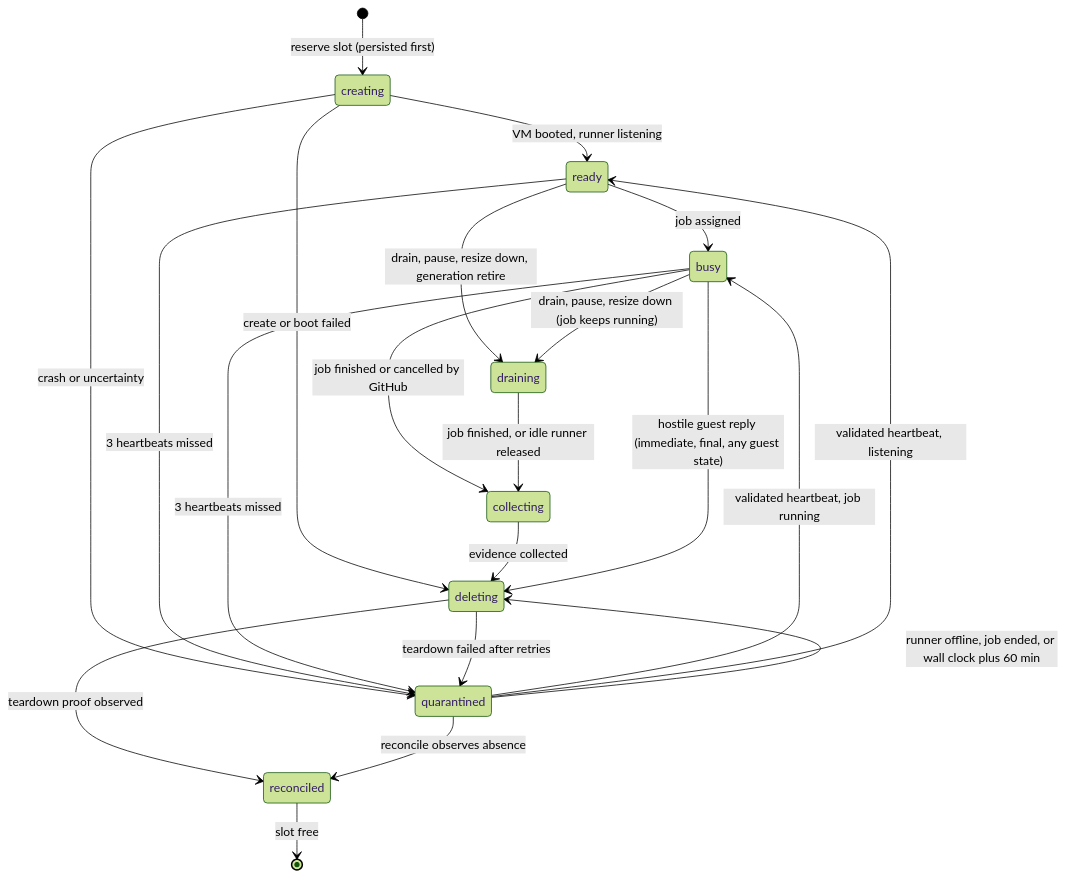
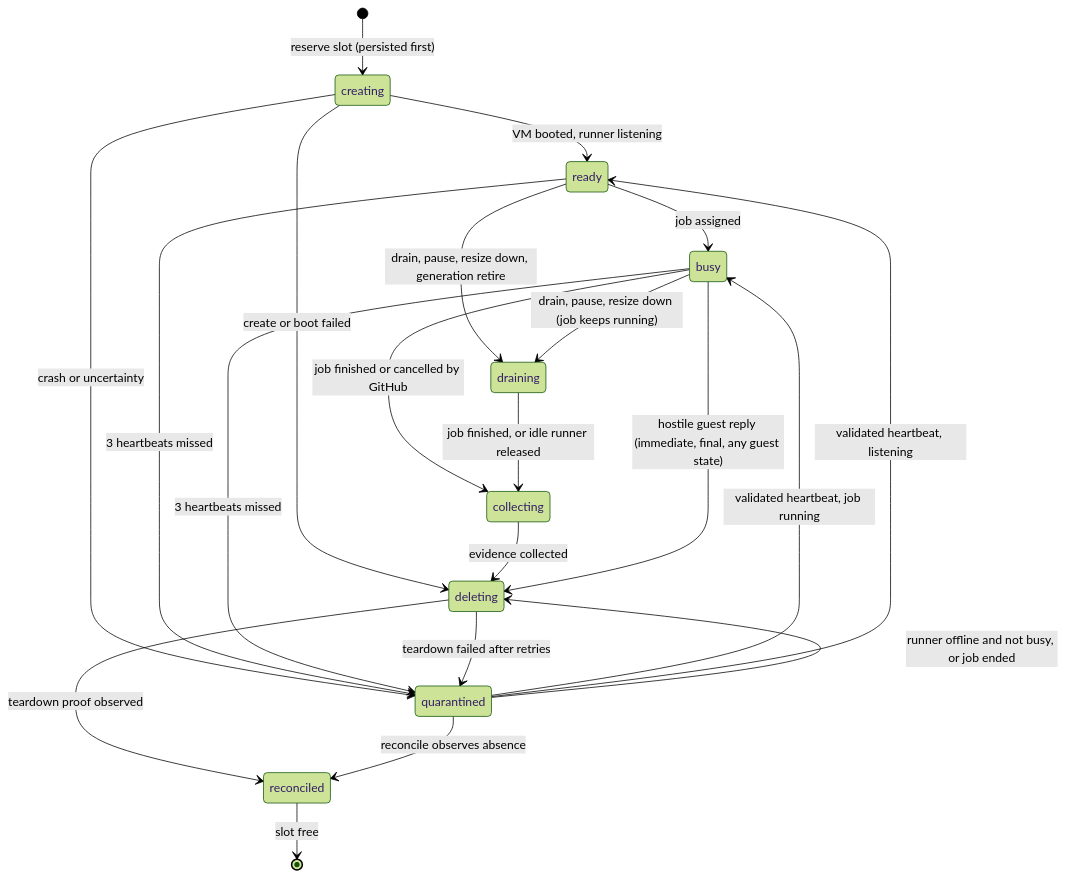
The second of 9 diagrams in docs/parity/ARCHITECTURE.md (special-place-ai-heaven/aap-runner), drawn with Mermaid (forest theme) before and after one commit. The commit also changed other lines of this file and 76 other files, not shown here.

````diff
--- a/docs/parity/ARCHITECTURE.md
+++ b/docs/parity/ARCHITECTURE.md
@@ -137,23 +140,23 @@
 ```mermaid
 stateDiagram-v2
   [*] --> creating: reserve slot (persisted first)
   creating --> ready: VM booted, runner listening
   creating --> deleting: create or boot failed
   ready --> busy: job assigned
   ready --> draining: drain, pause, resize down, generation retire
   busy --> draining: drain, pause, resize down (job keeps running)
   busy --> collecting: job finished or cancelled by GitHub
   draining --> collecting: job finished, or idle runner released
   collecting --> deleting: evidence collected
   deleting --> reconciled: teardown proof observed
   creating --> quarantined: crash or uncertainty
   ready --> quarantined: 3 heartbeats missed
   busy --> quarantined: 3 heartbeats missed
   quarantined --> busy: validated heartbeat, job running
   quarantined --> ready: validated heartbeat, listening
-  quarantined --> deleting: runner offline, job ended, or wall clock plus 60 min
+  quarantined --> deleting: runner offline and not busy, or job ended
   busy --> deleting: hostile guest reply (immediate, final, any guest state)
   deleting --> quarantined: teardown failed after retries
   quarantined --> reconciled: reconcile observes absence
   reconciled --> [*]: slot free
 ```
````
